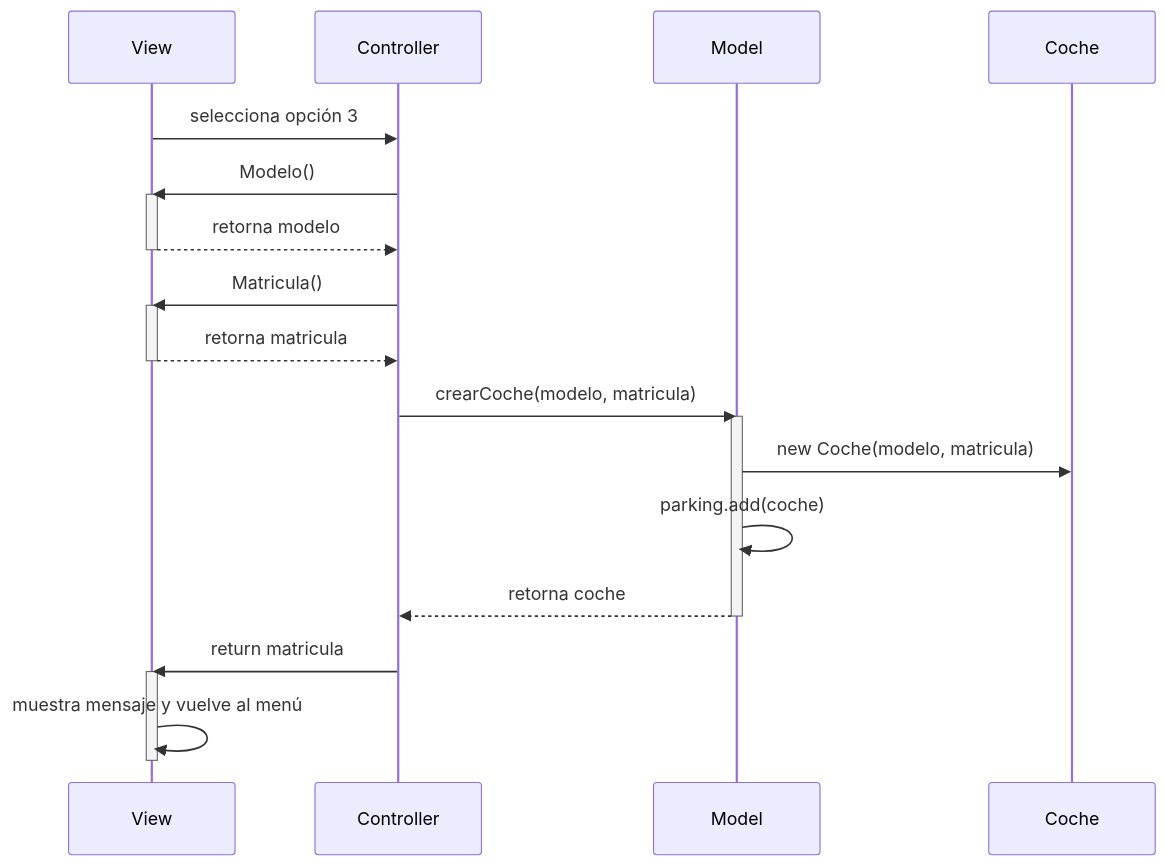
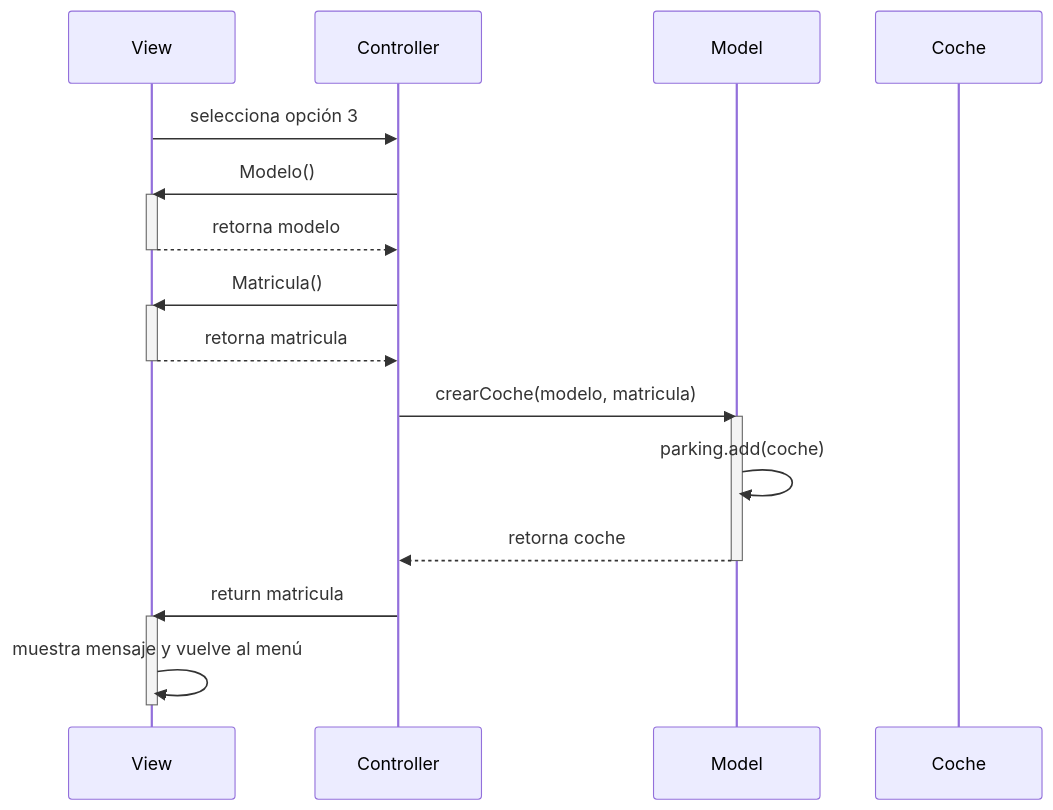
Before and after one commit to shermidagre/COD: the second of 2 diagrams in Readme.md, drawn with Mermaid. The commit also changed other lines of this file, not shown here.

Commit message:
cambios en el modelo de secuencia

````diff
--- a/Readme.md
+++ b/Readme.md
@@ -55,30 +37,29 @@
 ```mermaid
 sequenceDiagram
 participant View
 participant Controller
 participant Model
 participant Coche
 
     View->>Controller: selecciona opción 3
     Controller->>View: Modelo()
     activate View
     View-->>Controller: retorna modelo
     deactivate View
     
     Controller->>View: Matricula()
     activate View
     View-->>Controller: retorna matricula
     deactivate View
     
     Controller->>Model: crearCoche(modelo, matricula)
     activate Model
-    Model->>Coche: new Coche(modelo, matricula)
     Model->>Model: parking.add(coche)
     Model-->>Controller: retorna coche
     deactivate Model
     
     Controller->>View: return matricula
     activate View
     View->>View: muestra mensaje y vuelve al menú
     deactivate View
 ```
````
